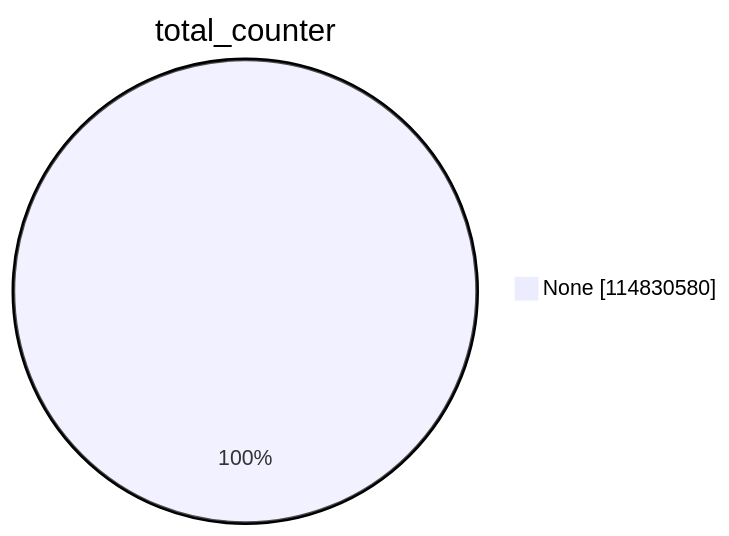
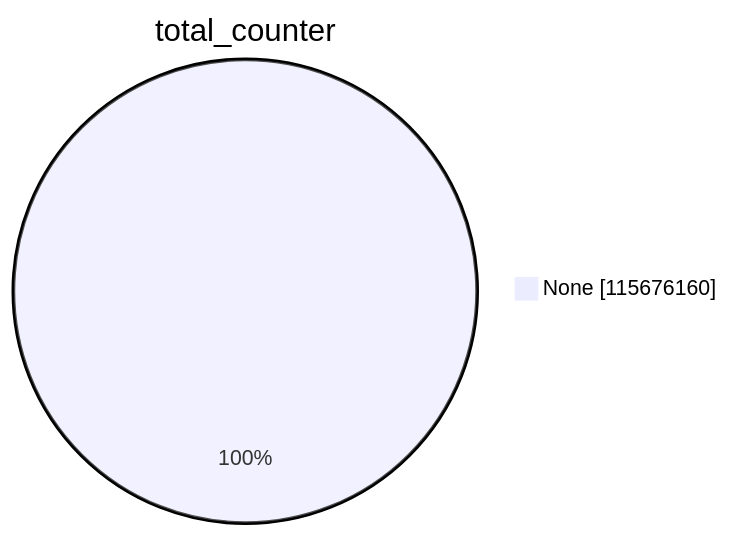
Before and after one commit to christiankrug/ctmonitor_visualization: the first of 15 diagrams in argon2023/README.md, drawn with Mermaid. The commit also changed other lines of this file, not shown here.

````diff
--- a/argon2023/README.md
+++ b/argon2023/README.md
@@ -1,5 +1,5 @@
 ```mermaid
 pie showData
 title total_counter
-"None" :114830580
+"None" :115676160
 ```
````
